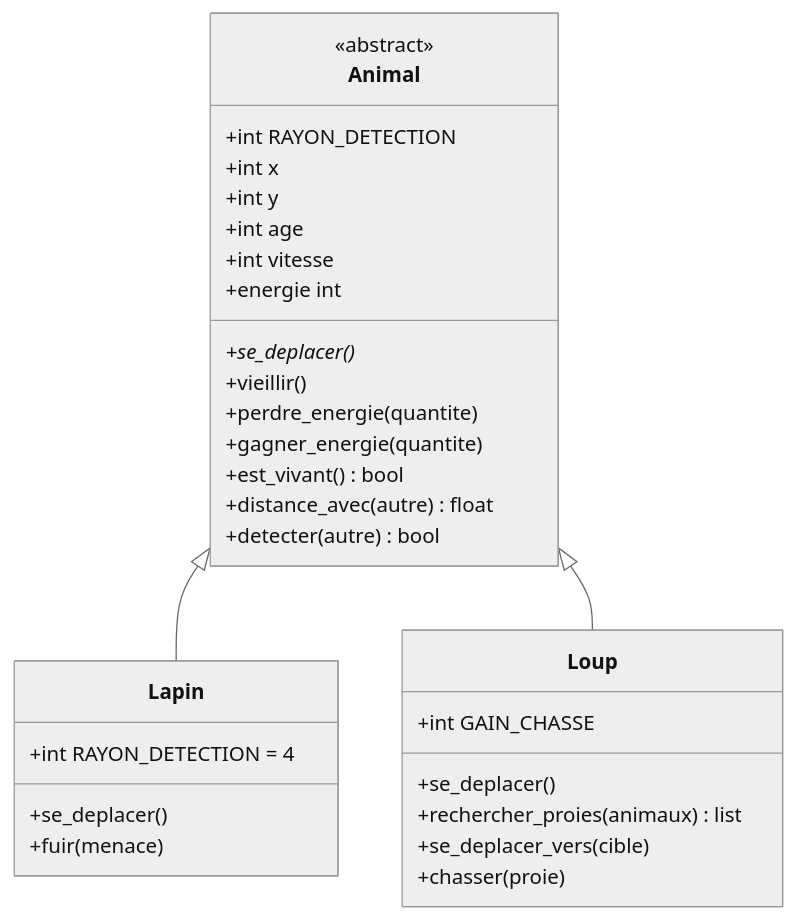
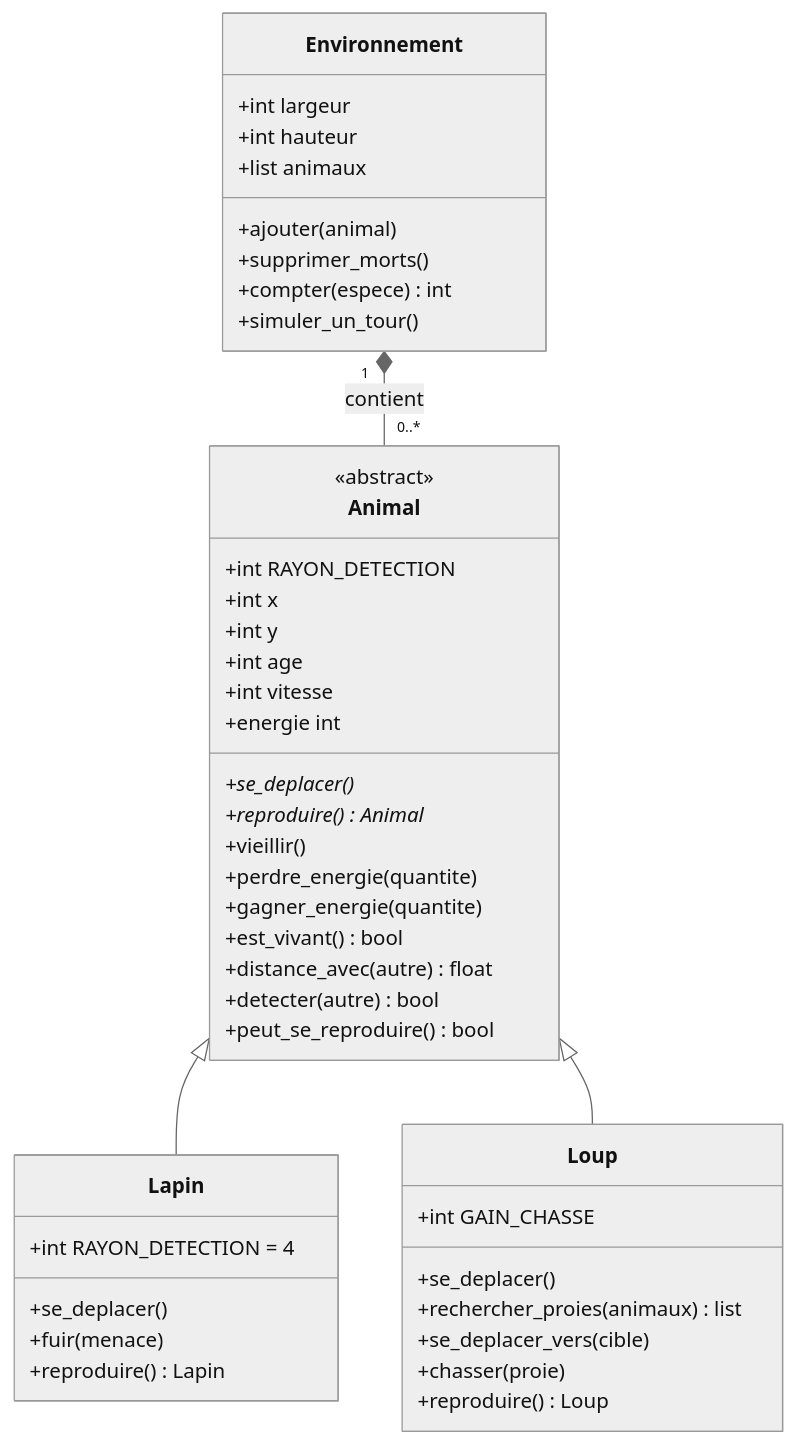
Before and after one commit to hmty-CHEN/POO-TP1: the second of 2 diagrams in traduction-rapport.md, drawn with Mermaid (neutral theme). The commit also changed other lines of this file and 7 other files, not shown here.

````diff
--- a/traduction-rapport.md
+++ b/traduction-rapport.md
@@ -56,33 +56,47 @@
 ```mermaid
 classDiagram
     class Animal {
         <<abstract>>
         +int RAYON_DETECTION
         +int x
         +int y
         +int age
         +int vitesse
         +energie int
         +se_deplacer()*
+        +reproduire()* Animal
         +vieillir()
         +perdre_energie(quantite)
         +gagner_energie(quantite)
         +est_vivant() bool
         +distance_avec(autre) float
         +detecter(autre) bool
+        +peut_se_reproduire() bool
     }
     class Lapin {
         +int RAYON_DETECTION = 4
         +se_deplacer()
         +fuir(menace)
+        +reproduire() Lapin
     }
     class Loup {
         +int GAIN_CHASSE
         +se_deplacer()
         +rechercher_proies(animaux) list
         +se_deplacer_vers(cible)
         +chasser(proie)
+        +reproduire() Loup
+    }
+    class Environnement {
+        +int largeur
+        +int hauteur
+        +list animaux
+        +ajouter(animal)
+        +supprimer_morts()
+        +compter(espece) int
+        +simuler_un_tour()
     }
     Animal <|-- Lapin
     Animal <|-- Loup
+    Environnement "1" *-- "0..*" Animal : contient
 ```
````
